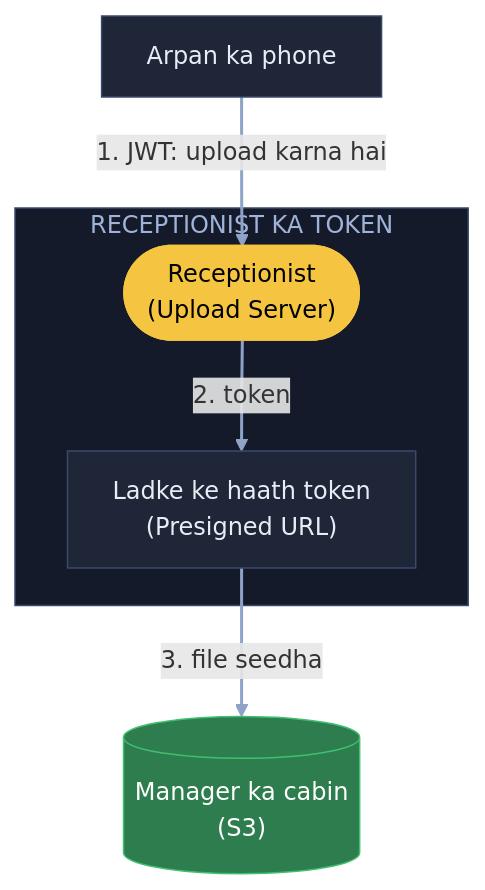
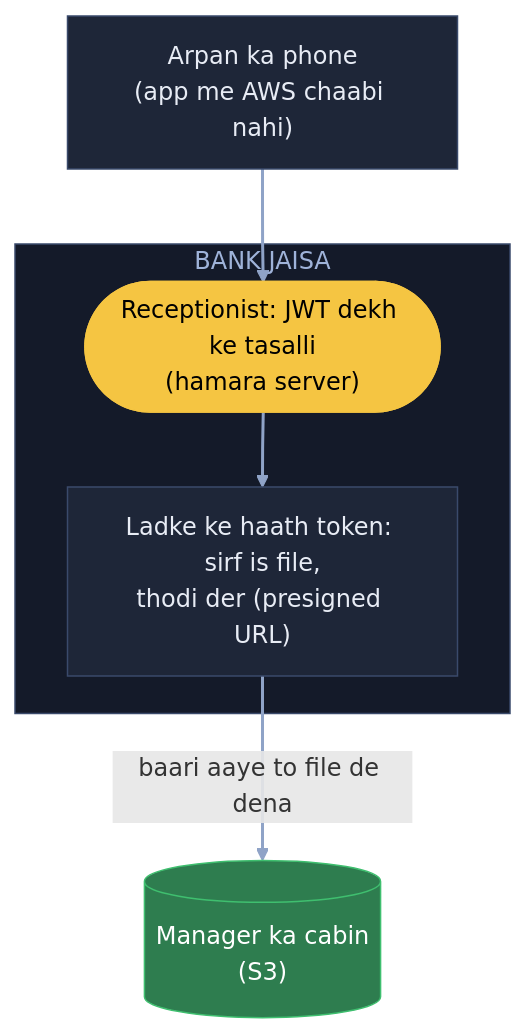
The third of 8 diagrams in 04_HLD/SYSTEM_DESIGNS/07_file_upload_validate_system/07_file_upload.md (ArpanMaheshwari144/Prep), drawn with Mermaid before and after one commit. The commit also changed other lines of this file, not shown here.

Commit message:
File upload: 8 diagram hand notes ke shabdon se; core me 7 nahi (notes jaisa), 'kiski hai', K3 apni jodi line hatai

````diff
--- a/04_HLD/SYSTEM_DESIGNS/07_file_upload_validate_system/07_file_upload.md
+++ b/04_HLD/SYSTEM_DESIGNS/07_file_upload_validate_system/07_file_upload.md
@@ -119,18 +120,18 @@
 ```mermaid
 flowchart TB
-    A["Arpan ka phone"]:::card
-    subgraph RC["RECEPTIONIST KA TOKEN"]
-        U(["Receptionist<br/>(Upload Server)"]):::pill
-        T["Ladke ke haath token<br/>(Presigned URL)"]:::card
+    A["Arpan ka phone<br/>(app me AWS chaabi nahi)"]:::card
+    subgraph BK["BANK JAISA"]
+        R(["Receptionist: JWT dekh ke tasalli<br/>(hamara server)"]):::pill
+        T["Ladke ke haath token: sirf is file,<br/>thodi der (presigned URL)"]:::card
     end
-    S3[("Manager ka cabin<br/>(S3)")]:::good
-    A -- "1. JWT: upload karna hai" --> U
-    U -- "2. token" --> T
-    T -- "3. file seedha" --> S3
+    M[("Manager ka cabin<br/>(S3)")]:::good
+    A --> R
+    R --> T
+    T -- "baari aaye to file de dena" --> M
     linkStyle default stroke:#8fa3c7,stroke-width:2px
     classDef card fill:#1e2638,stroke:#3a4a6b,color:#e8ecf5
     classDef pill fill:#f5c542,stroke:#f5c542,color:#000
     classDef good fill:#2e7d4f,stroke:#3fbf6f,color:#fff
     classDef bad fill:#5c1f24,stroke:#e05561,color:#fff
-    style RC fill:#141a29,stroke:#3a4a6b,color:#9fb3d9
+    style BK fill:#141a29,stroke:#3a4a6b,color:#9fb3d9
 ```
````
